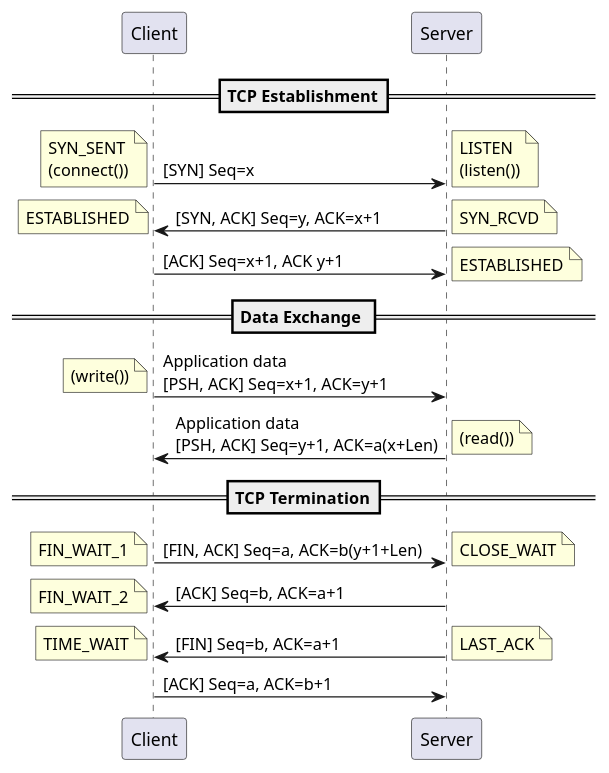
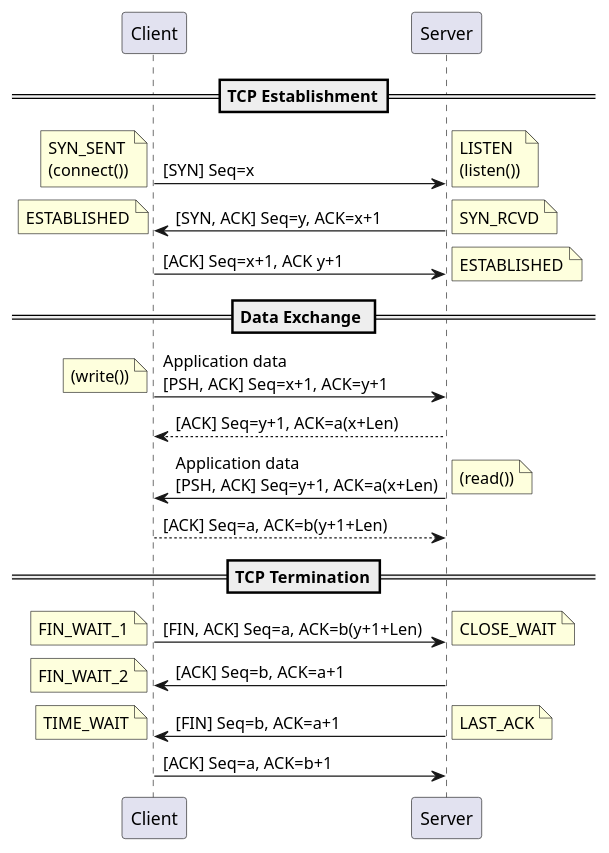
One commit to yidas/web-service-protocols changed the diagram in tcp/readme.md. Above: the diagram before and after it, drawn with PlantUML.

````diff
--- a/tcp/readme.md
+++ b/tcp/readme.md
@@ -6,33 +6,35 @@
 ```plantuml
 @startuml
 participant "Client" as c
 participant "Server" as s
 
 == TCP Establishment==
 c->s: [SYN] Seq=x
 note left: SYN_SENT\n(connect())
 note right: LISTEN\n(listen())
 s->c: [SYN, ACK] Seq=y, ACK=x+1
 note right: SYN_RCVD
 note left: ESTABLISHED
 c->s: [ACK] Seq=x+1, ACK y+1
 note right: ESTABLISHED
 == Data Exchange ==
 c->s: Application data\n[PSH, ACK] Seq=x+1, ACK=y+1
 note left: (write())
+s-->c: [ACK] Seq=y+1, ACK=a(x+Len)
 s->c: Application data\n[PSH, ACK] Seq=y+1, ACK=a(x+Len)
 note right: (read())
+c-->s: [ACK] Seq=a, ACK=b(y+1+Len)
 ==TCP Termination==
 c->s: [FIN, ACK] Seq=a, ACK=b(y+1+Len)
 note left: FIN_WAIT_1
 note right: CLOSE_WAIT
 s->c: [ACK] Seq=b, ACK=a+1
 note left: FIN_WAIT_2
 s->c: [FIN] Seq=b, ACK=a+1
 note right: LAST_ACK
 note left: TIME_WAIT
 c->s: [ACK] Seq=a, ACK=b+1
 
 
 @enduml
 ```
````
